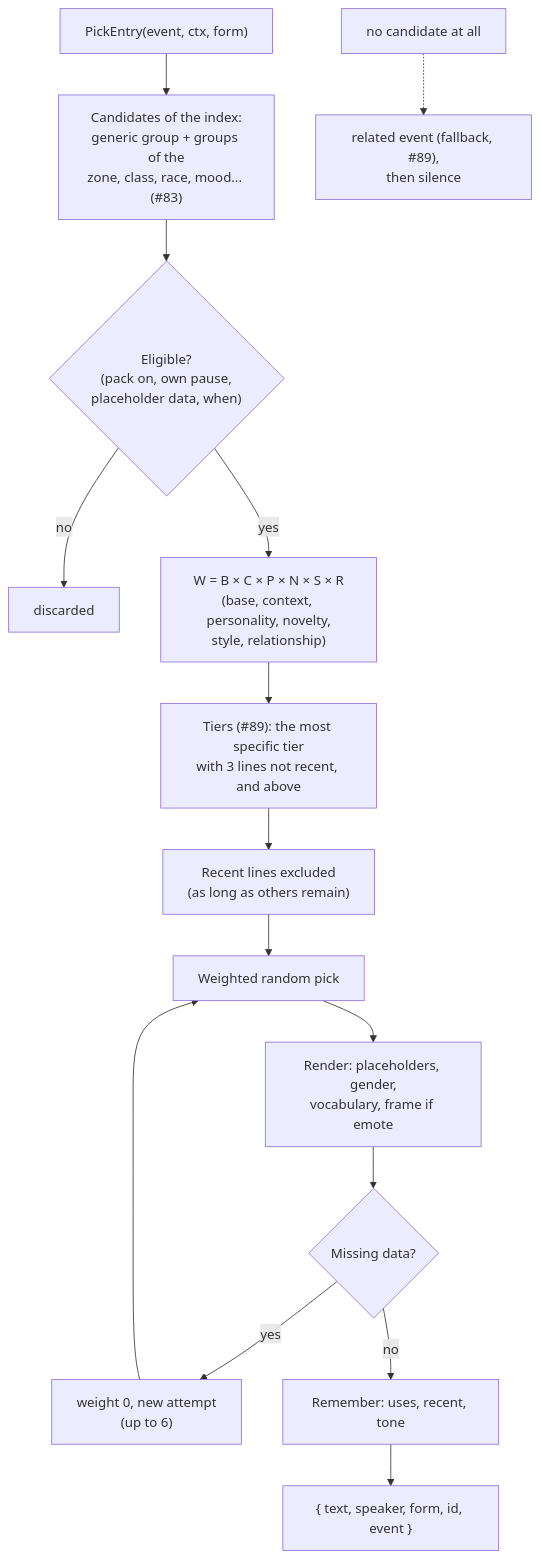
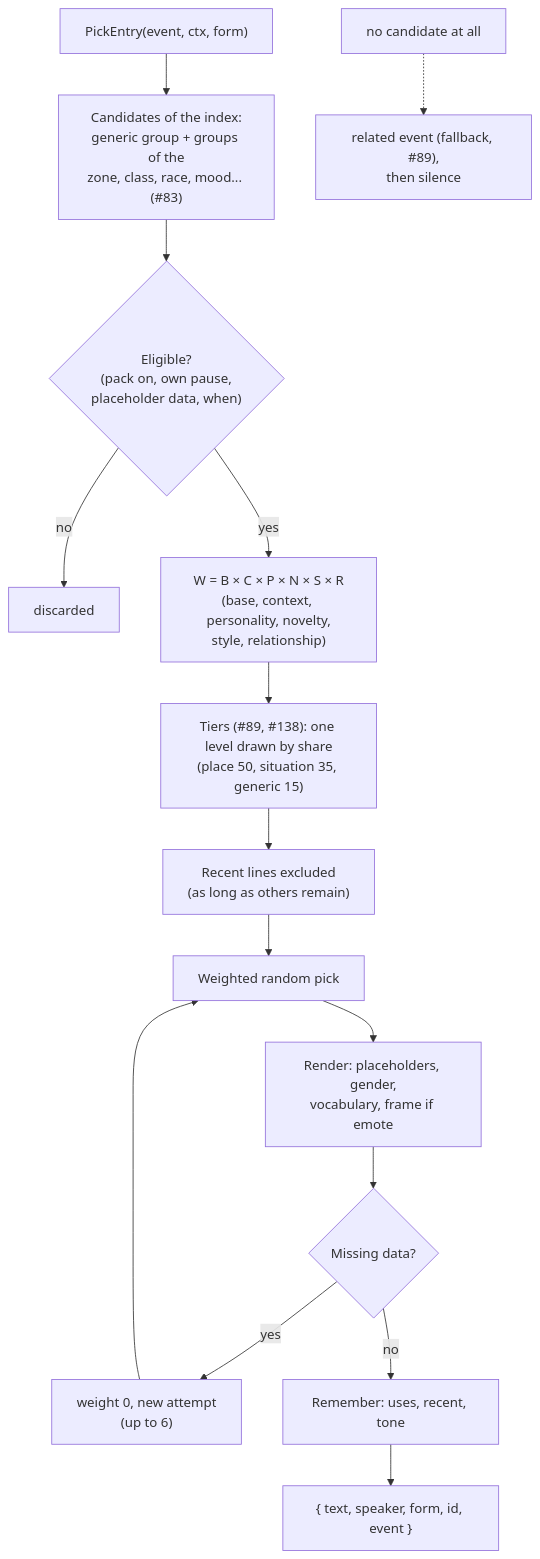
One commit to Finland6738/azeroth-unspoken changed the fifth of 19 diagrams in docs/ARCHITECTURE.md. Above: the diagram before and after it, drawn with Mermaid. The commit also changed other lines of this file and 25 other files, not shown here.

First line of the commit message:
C0d: the tiers mixed by share, and data files under Lua's limit of constants (#138) (#247)

````diff
--- a/docs/ARCHITECTURE.md
+++ b/docs/ARCHITECTURE.md
@@ -325,17 +325,17 @@
 ```mermaid
 flowchart TD
     A["PickEntry(event, ctx, form)"] --> B["Candidates of the index:<br/>generic group + groups of the<br/>zone, class, race, mood... (#83)"]
     B --> C{"Eligible?<br/>(pack on, own pause,<br/>placeholder data, when)"}
     C -- no --> X["discarded"]
     C -- yes --> D["W = B × C × P × N × S × R<br/>(base, context, personality, novelty,<br/>style, relationship)"]
-    D --> T["Tiers (#89): the most specific tier<br/>with 3 lines not recent, and above"]
+    D --> T["Tiers (#89, #138): one level drawn by share<br/>(place 50, situation 35, generic 15)"]
     T --> E["Recent lines excluded<br/>(as long as others remain)"]
     E --> F["Weighted random pick"]
     F --> G["Render: placeholders, gender,<br/>vocabulary, frame if emote"]
     G --> H{"Missing data?"}
     H -- yes --> I["weight 0, new attempt<br/>(up to 6)"]
     I --> F
     H -- no --> J["Remember: uses, recent, tone"]
     J --> K["{ text, speaker, form, id, event }"]
     X2["no candidate at all"] -.-> FB["related event (fallback, #89),<br/>then silence"]
 ```
````
